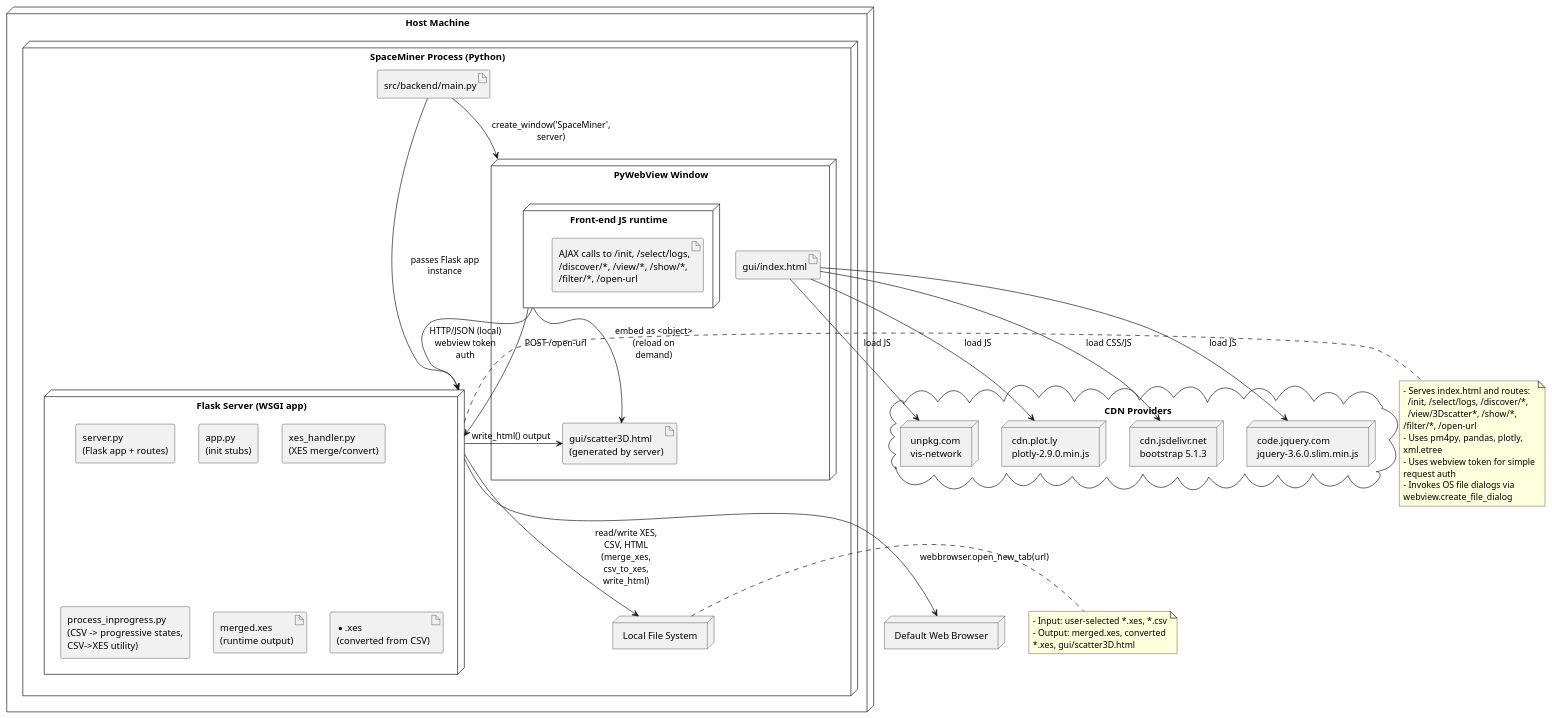
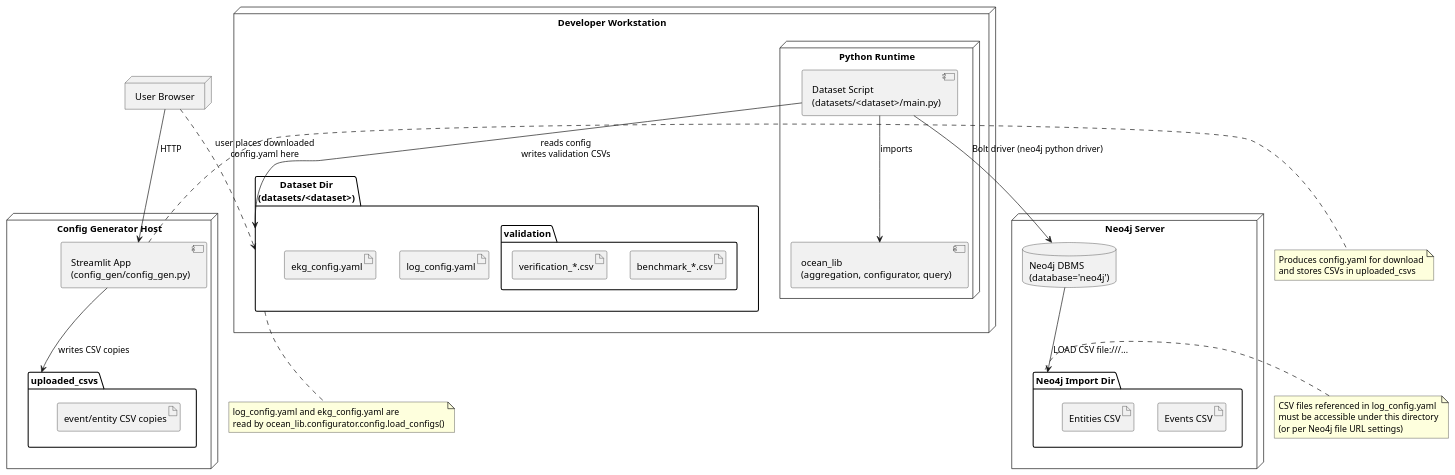
One commit to zummino/prova_doc_gen changed the fourth of 4 diagrams in Repo4/Repo_Doc4.md. Above: the diagram before and after it, drawn with PlantUML. The commit also changed other lines of this file and 23 other files, not shown here.

````diff
--- a/Repo4/Repo_Doc4.md
+++ b/Repo4/Repo_Doc4.md
@@ -1069,87 +845,66 @@
 ```plantuml
 @startuml
 
-skinparam componentStyle rectangle
-skinparam wrapWidth 220
-skinparam maxMessageSize 120
-skinparam shadowing false
+node "User Browser" as Browser
 
-' Host machine and main Python process
-node "Host Machine" as host {
-  node "SpaceMiner Process (Python)" as proc {
-    artifact "src/backend/main.py" as mainpy
-
-    ' Embedded desktop window and front-end
-    node "PyWebView Window" as webview {
-      artifact "gui/index.html" as indexhtml
-      node "Front-end JS runtime" as fe {
-        artifact "AJAX calls to /init, /select/logs,\n/discover/*, /view/*, /show/*, /filter/*, /open-url" as ajax
-      }
-      artifact "gui/scatter3D.html\n(generated by server)" as scatterhtml
-    }
-
-    ' Flask server hosting the application back-end
-    node "Flask Server (WSGI app)" as flask {
-      component "server.py\n(Flask app + routes)" as serverpy
-      component "app.py\n(init stubs)" as apppy
-      component "xes_handler.py\n(XES merge/convert)" as xespy
-      component "process_inprogress.py\n(CSV -> progressive states, CSV->XES utility)" as inprogpy
-
-      artifact "merged.xes\n(runtime output)" as mergedxes
-      artifact "*.xes\n(converted from CSV)" as xesfiles
-    }
-
-    ' Local storage used by the back-end
-    node "Local File System" as fs
+node "Config Generator Host" as CGH {
+  component "Streamlit App\n(config_gen/config_gen.py)" as Streamlit
+  folder "uploaded_csvs" as UploadedCSVs {
+    artifact "event/entity CSV copies"
   }
 }
 
-' External JS/CDN dependencies loaded by the front-end
-cloud "CDN Providers" as cdn {
-  node "unpkg.com\nvis-network" as cdn_vis
-  node "cdn.plot.ly\nplotly-2.9.0.min.js" as cdn_plotly
-  node "cdn.jsdelivr.net\nbootstrap 5.1.3" as cdn_bootstrap
-  node "code.jquery.com\njquery-3.6.0.slim.min.js" as cdn_jquery
+node "Developer Workstation" as Dev {
+  node "Python Runtime" as Py {
+    component "Dataset Script\n(datasets/<dataset>/main.py)" as DatasetScript
+    component "ocean_lib\n(aggregation, configurator, query)" as OceanLib
+  }
+
+  folder "Dataset Dir\n(datasets/<dataset>)" as DatasetDir {
+    artifact "log_config.yaml"
+    artifact "ekg_config.yaml"
+    folder "validation" as ValidationFolder {
+      artifact "benchmark_*.csv"
+      artifact "verification_*.csv"
+    }
+  }
 }
 
-' Default system browser used for opening external links
-node "Default Web Browser" as extbrowser
+node "Neo4j Server" as NeoHost {
+  database "Neo4j DBMS\n(database='neo4j')" as Neo4j
+  folder "Neo4j Import Dir" as ImportDir {
+    artifact "Events CSV"
+    artifact "Entities CSV"
+  }
+}
 
-' Relationships
-mainpy -down-> webview : create_window('SpaceMiner', server)
-mainpy -down-> flask : passes Flask app instance
+' Relationships (network and filesystem)
+Browser --> Streamlit : HTTP
+Streamlit --> UploadedCSVs : writes CSV copies
+DatasetScript --> OceanLib : imports
+DatasetScript --> DatasetDir : reads config\nwrites validation CSVs
+DatasetScript --> Neo4j : Bolt driver (neo4j python driver)
+Neo4j --> ImportDir : LOAD CSV file:///...
 
-' Front-end to back-end communication
-fe --> flask : HTTP/JSON (local)\nwebview token auth
-indexhtml --> cdn_vis : load JS
-indexhtml --> cdn_plotly : load JS
-indexhtml --> cdn_bootstrap : load CSS/JS
-indexhtml --> cdn_jquery : load JS
-
-' Back-end file I/O
-flask --> fs : read/write XES, CSV, HTML\n(merge_xes, csv_to_xes, write_html)
-flask --> scatterhtml : write_html() output
-
-' Front-end visualization refresh
-fe --> scatterhtml : embed as <object> (reload on demand)
-
-' Open external URLs on the host
-fe --> flask : POST /open-url
-flask --> extbrowser : webbrowser.open_new_tab(url)
-
-' Notes explaining responsibilities
-note right of flask
-- Serves index.html and routes:
-  /init, /select/logs, /discover/*,
-  /view/3Dscatter*, /show/*, /filter/*, /open-url
-- Uses pm4py, pandas, plotly, xml.etree
-- Uses webview token for simple request auth
-- Invokes OS file dialogs via webview.create_file_dialog
+' Notes and manual step
+note right of Streamlit
+Produces config.yaml for download
+and stores CSVs in uploaded_csvs
 end note
 
-note right of fs
-- Input: user-selected *.xes, *.csv
-- Output: merged.xes, converted *.xes, gui/scatter3D.html
+note bottom of DatasetDir
+log_config.yaml and ekg_config.yaml are
+read by ocean_lib.configurator.config.load_configs()
 end note
+
+note left of ImportDir
+CSV files referenced in log_config.yaml
+must be accessible under this directory
+(or per Neo4j file URL settings)
+end note
+
+' Manual placement of config.yaml into dataset directory
+Browser ..> DatasetDir : user places downloaded\nconfig.yaml here
+
 @enduml
 ```
````
